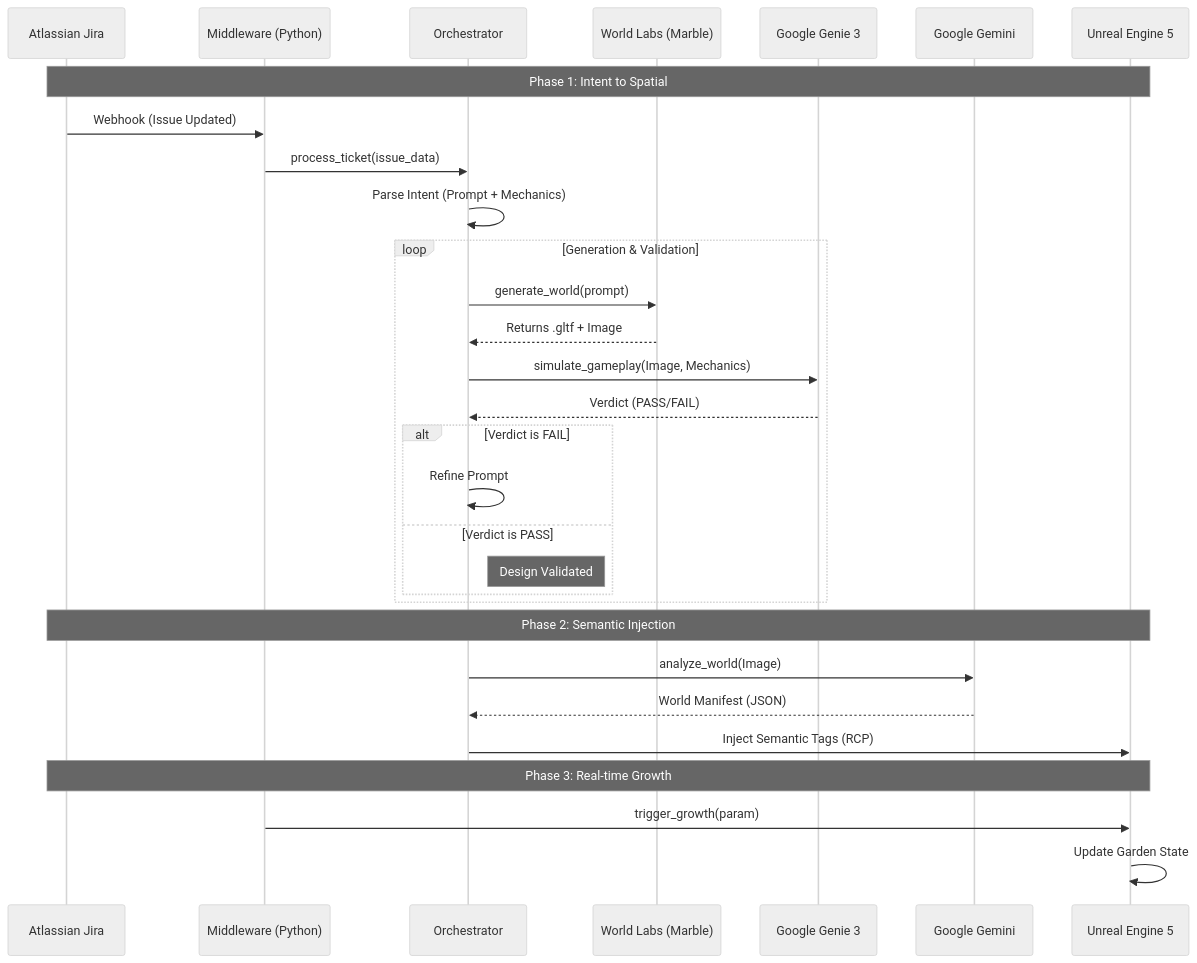
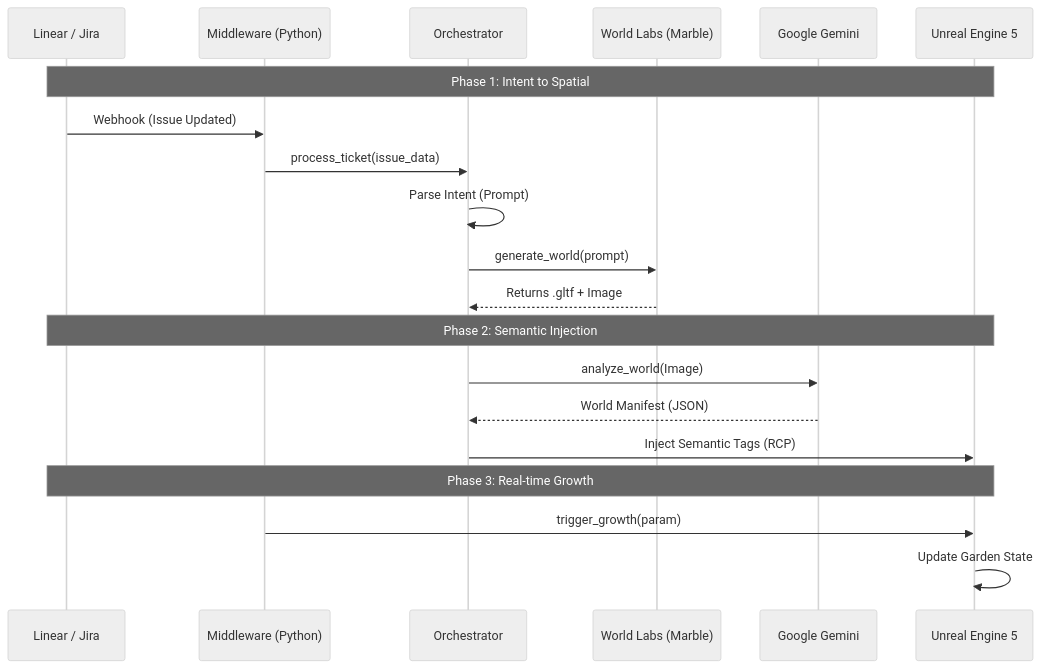
The second of 3 diagrams in ARCHITECTURE.md (petripaananen/BloomPath), drawn with Mermaid (neutral theme) before and after one commit. The commit also changed other lines of this file and 18 other files, not shown here.

````diff
--- a/ARCHITECTURE.md
+++ b/ARCHITECTURE.md
@@ -66,42 +60,30 @@
 ```mermaid
 sequenceDiagram
-    participant Jira as Atlassian Jira
+    participant Jira as Linear / Jira
     participant Mid as Middleware (Python)
     participant Orch as Orchestrator
     participant Marble as World Labs (Marble)
-    participant Genie as Google Genie 3
     participant Gemini as Google Gemini
     participant UE5 as Unreal Engine 5
 
     Note over Jira, UE5: Phase 1: Intent to Spatial
 
     Jira->>Mid: Webhook (Issue Updated)
     Mid->>Orch: process_ticket(issue_data)
     
-    Orch->>Orch: Parse Intent (Prompt + Mechanics)
+    Orch->>Orch: Parse Intent (Prompt)
     
-    loop Generation & Validation
-        Orch->>Marble: generate_world(prompt)
-        Marble-->>Orch: Returns .gltf + Image
-        
-        Orch->>Genie: simulate_gameplay(Image, Mechanics)
-        Genie-->>Orch: Verdict (PASS/FAIL)
-        
-        alt Verdict is FAIL
-            Orch->>Orch: Refine Prompt
-        else Verdict is PASS
-            Note right of Orch: Design Validated
-        end
-    end
-
+    Orch->>Marble: generate_world(prompt)
+    Marble-->>Orch: Returns .gltf + Image
+    
     Note over Jira, UE5: Phase 2: Semantic Injection
 
     Orch->>Gemini: analyze_world(Image)
     Gemini-->>Orch: World Manifest (JSON)
     Orch->>UE5: Inject Semantic Tags (RCP)
 
     Note over Jira, UE5: Phase 3: Real-time Growth
 
     Mid->>UE5: trigger_growth(param)
     UE5->>UE5: Update Garden State
 ```
````
